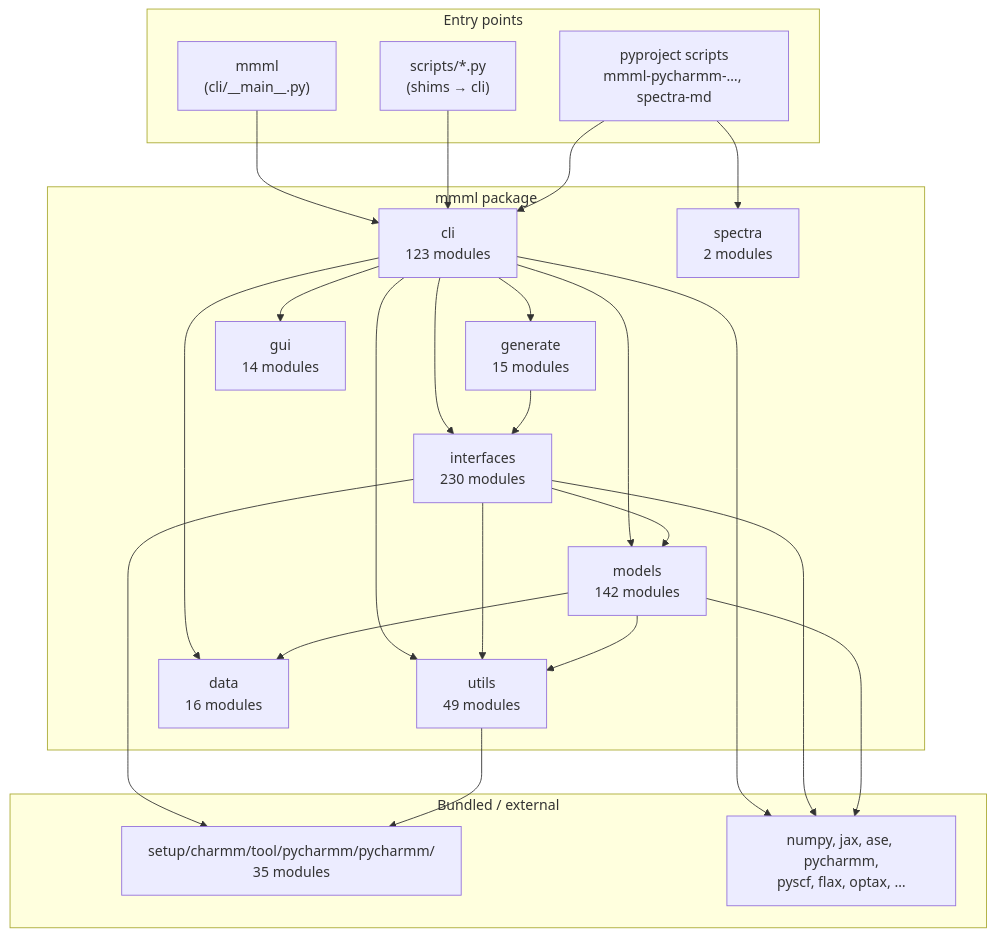
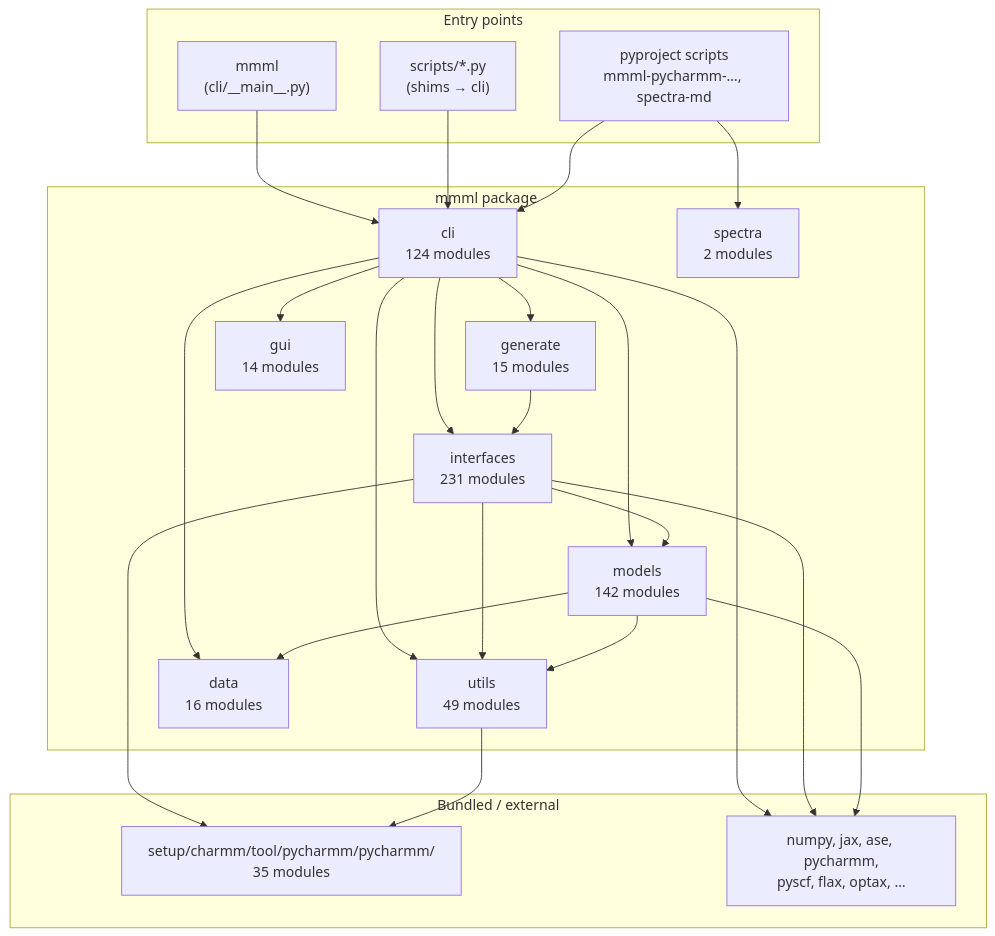
The first of 8 diagrams in docs/package-architecture.md (EricBoittier/mmml), drawn with Mermaid before and after one commit. The commit also changed other lines of this file and 37 other files, not shown here.

````diff
--- a/docs/package-architecture.md
+++ b/docs/package-architecture.md
@@ -13,48 +13,48 @@
 ```mermaid
 flowchart TB
   subgraph entry["Entry points"]
     MMML["mmml\n(cli/__main__.py)"]
     SCRIPTS["scripts/*.py\n(shims → cli)"]
     PKG["pyproject scripts\nmmml-pycharmm-…, spectra-md"]
   end
 
   subgraph mmml_pkg["mmml package"]
-    CLI["cli\n123 modules"]
-    IFACE["interfaces\n230 modules"]
+    CLI["cli\n124 modules"]
+    IFACE["interfaces\n231 modules"]
     MODELS["models\n142 modules"]
     UTILS["utils\n49 modules"]
     DATA["data\n16 modules"]
     GEN["generate\n15 modules"]
     GUI["gui\n14 modules"]
     SPEC["spectra\n2 modules"]
   end
 
   subgraph vendor["Bundled / external"]
     PYCH["setup/charmm/tool/pycharmm/pycharmm/\n35 modules"]
     EXT["numpy, jax, ase, pycharmm,\npyscf, flax, optax, …"]
   end
 
   MMML --> CLI
   SCRIPTS --> CLI
   PKG --> CLI
   PKG --> SPEC
 
   CLI --> IFACE
   CLI --> MODELS
   CLI --> DATA
   CLI --> UTILS
   CLI --> GEN
   CLI --> GUI
 
   IFACE --> MODELS
   IFACE --> UTILS
   IFACE --> PYCH
   MODELS --> UTILS
   MODELS --> DATA
   UTILS --> PYCH
   GEN --> IFACE
 
   CLI --> EXT
   IFACE --> EXT
   MODELS --> EXT
 ```
````
